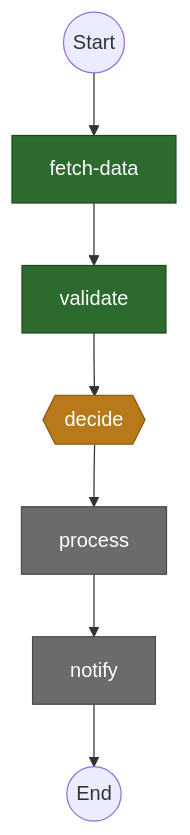
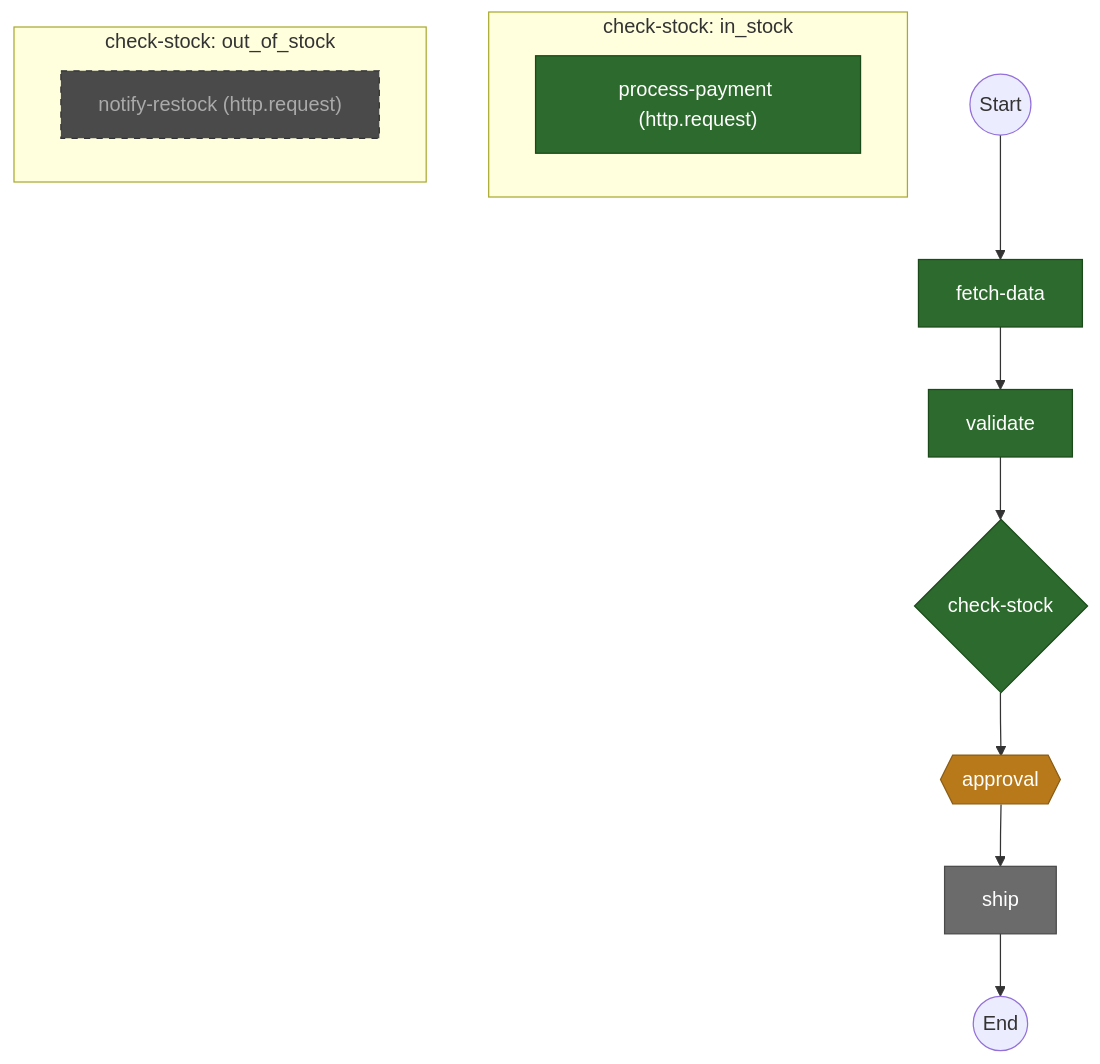
One commit to rendis/opcode changed the diagram in docs/assets/diagram-mermaid.md. Above: the diagram before and after it, drawn with Mermaid. The commit also changed 11 other files, not shown here.

First line of the commit message:
feat: integrate mermaid-ascii for enhanced ASCII diagram rendering

````diff
--- a/docs/assets/diagram-mermaid.md
+++ b/docs/assets/diagram-mermaid.md
@@ -1,30 +1,38 @@
 ```mermaid
 graph TD
     %% Workflow
     __start__(("Start"))
     fetch_data["fetch-data"]
     validate["validate"]
-    decide{{"decide"}}
-    process["process"]
-    notify["notify"]
+    check_stock{"check-stock"}
+    subgraph check_stock_in_stock["check-stock: in_stock"]
+        check_stock_in_stock_process_payment["process-payment (http.request)"]
+    end
+    subgraph check_stock_out_of_stock["check-stock: out_of_stock"]
+        check_stock_out_of_stock_notify_restock["notify-restock (http.request)"]
+    end
+    approval{{"approval"}}
+    ship["ship"]
     __end__(("End"))
     __start__ --> fetch_data
-    process --> notify
+    check_stock --> approval
+    approval --> ship
     fetch_data --> validate
-    validate --> decide
-    decide --> process
-    notify --> __end__
+    validate --> check_stock
+    ship --> __end__
 
     classDef completed fill:#2d6a2d,stroke:#1a4a1a,color:#fff
     classDef failed fill:#8b1a1a,stroke:#5c0e0e,color:#fff
     classDef running fill:#1a5276,stroke:#0e3a52,color:#fff
     classDef suspended fill:#b7791a,stroke:#8a5c14,color:#fff
     classDef pending fill:#6b6b6b,stroke:#4a4a4a,color:#fff
     classDef skipped fill:#4a4a4a,stroke:#333,color:#aaa,stroke-dasharray:5 5
     class fetch_data completed
     class validate completed
-    class decide suspended
-    class process pending
-    class notify pending
+    class check_stock completed
+    class check_stock_in_stock_process_payment completed
+    class check_stock_out_of_stock_notify_restock skipped
+    class approval suspended
+    class ship pending
 
 ```
````
